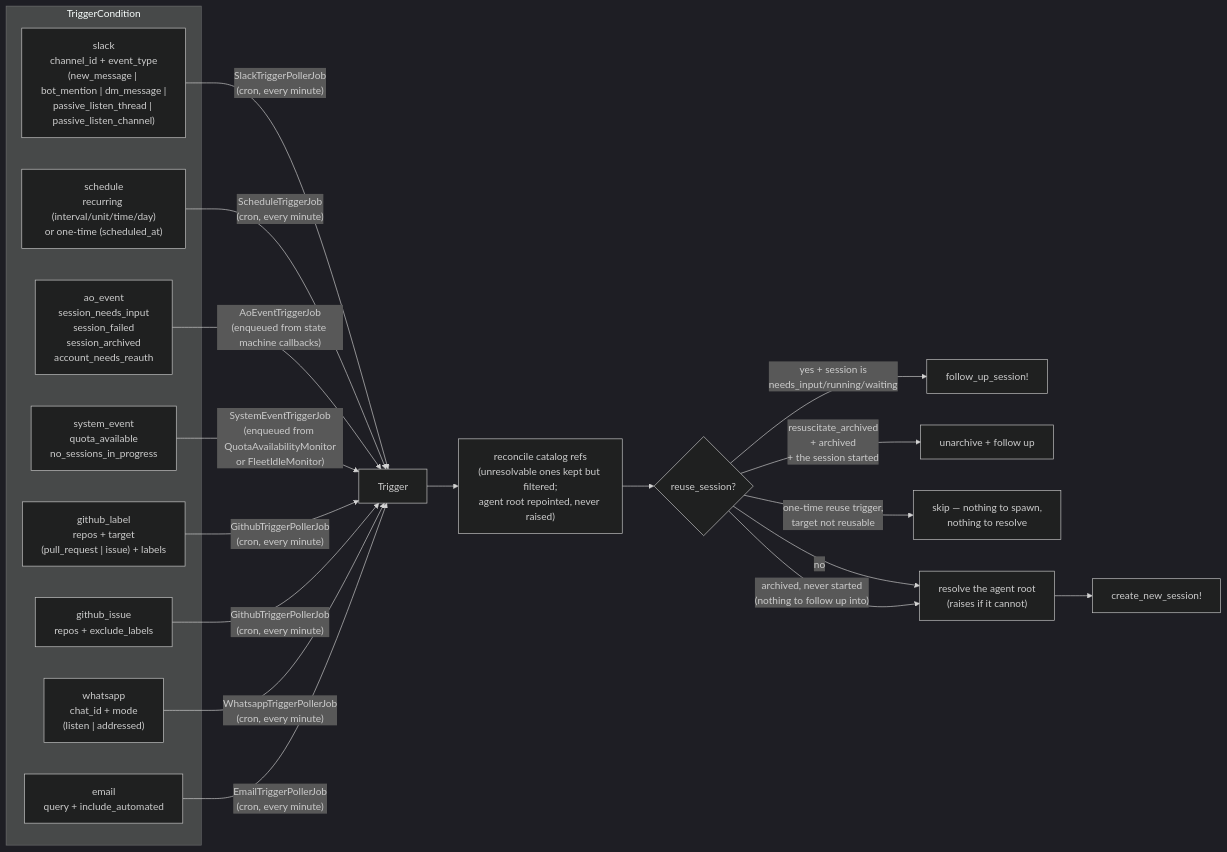
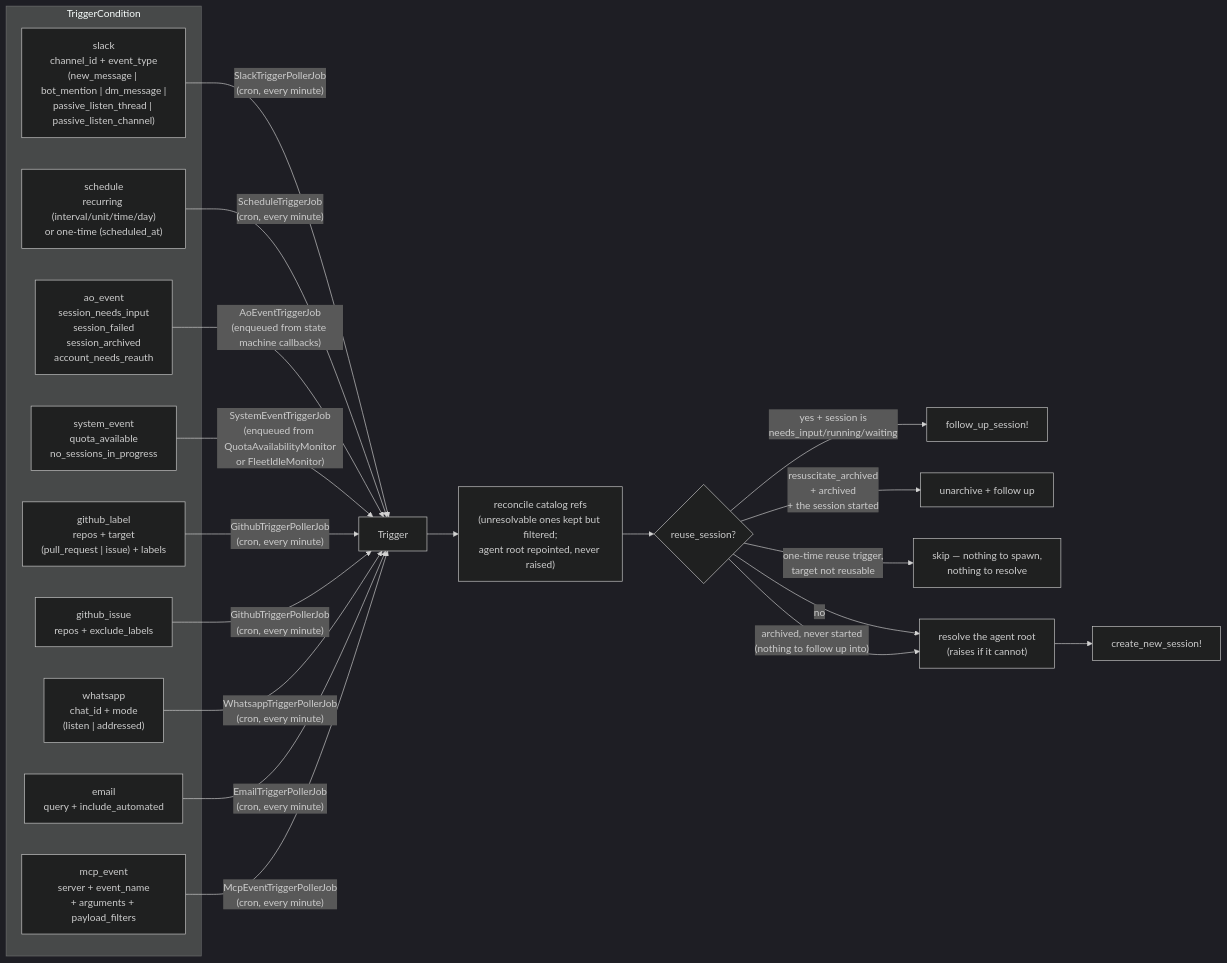
The first of 2 diagrams in docs/src/content/docs/sessions/triggers.md (tadasant/zimmer), drawn with Mermaid (dark theme) before and after one commit. The commit also changed other lines of this file and 46 other files, not shown here.

First line of the commit message:
feat(triggers): mcp_event condition type polling MCP servers that publish events

````diff
--- a/docs/src/content/docs/sessions/triggers.md
+++ b/docs/src/content/docs/sessions/triggers.md
@@ -20,31 +20,33 @@
 ```mermaid
 flowchart LR
     subgraph conditions["TriggerCondition"]
         SL["slack<br/>channel_id + event_type<br/>(new_message | bot_mention | dm_message |<br/>passive_listen_thread | passive_listen_channel)"]
         SC["schedule<br/>recurring (interval/unit/time/day)<br/>or one-time (scheduled_at)"]
         AO["ao_event<br/>session_needs_input<br/>session_failed<br/>session_archived<br/>account_needs_reauth"]
         SE["system_event<br/>quota_available<br/>no_sessions_in_progress"]
         GL["github_label<br/>repos + target<br/>(pull_request | issue) + labels"]
         GI["github_issue<br/>repos + exclude_labels"]
         WA["whatsapp<br/>chat_id + mode<br/>(listen | addressed)"]
         EM["email<br/>query + include_automated"]
+        ME["mcp_event<br/>server + event_name<br/>+ arguments + payload_filters"]
     end
 
     SL -->|"SlackTriggerPollerJob<br/>(cron, every minute)"| T["Trigger"]
     SC -->|"ScheduleTriggerJob<br/>(cron, every minute)"| T
     AO -->|"AoEventTriggerJob<br/>(enqueued from state machine callbacks)"| T
     SE -->|"SystemEventTriggerJob<br/>(enqueued from QuotaAvailabilityMonitor<br/>or FleetIdleMonitor)"| T
     GL -->|"GithubTriggerPollerJob<br/>(cron, every minute)"| T
     GI -->|"GithubTriggerPollerJob<br/>(cron, every minute)"| T
     WA -->|"WhatsappTriggerPollerJob<br/>(cron, every minute)"| T
     EM -->|"EmailTriggerPollerJob<br/>(cron, every minute)"| T
+    ME -->|"McpEventTriggerPollerJob<br/>(cron, every minute)"| T
 
     T --> H["reconcile catalog refs<br/>(unresolvable ones kept but filtered;<br/>agent root repointed, never raised)"]
     H --> D{"reuse_session?"}
     D -->|"yes + session is<br/>needs_input/running/waiting"| FU["follow_up_session!"]
     D -->|"resuscitate_archived<br/>+ archived<br/>+ the session started"| RS["unarchive + follow up"]
     D -->|"one-time reuse trigger,<br/>target not reusable"| SK["skip — nothing to spawn,<br/>nothing to resolve"]
     D -->|no| HR["resolve the agent root<br/>(raises if it cannot)"]
     D -->|"archived, never started<br/>(nothing to follow up into)"| HR
     HR --> NEW["create_new_session!"]
 ```
````
